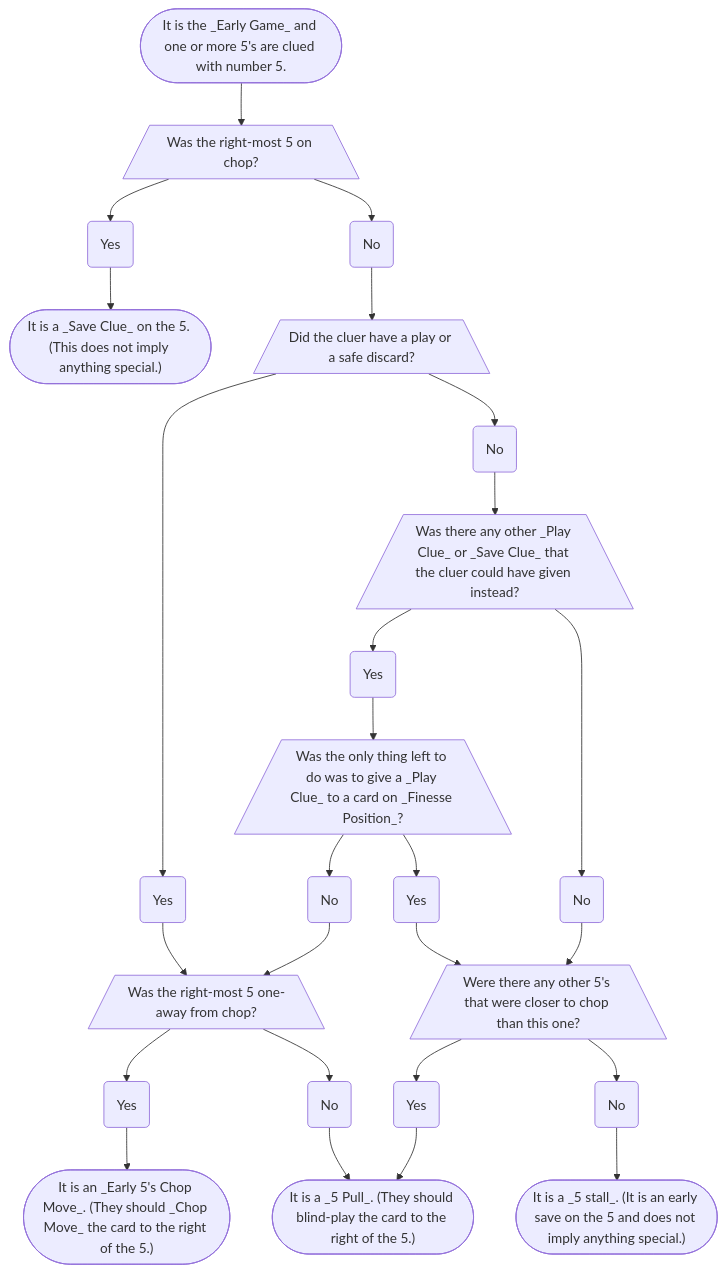
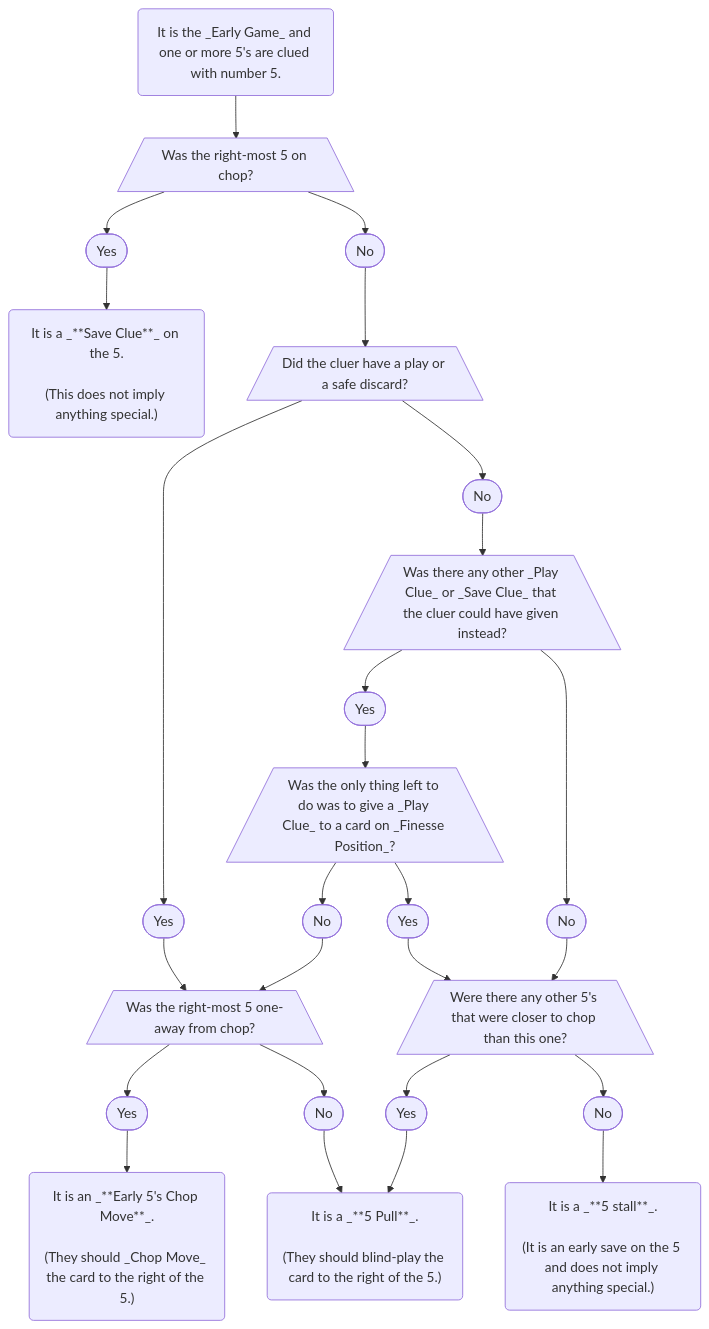
The diagram in docs/level-19.mdx (hanabi/hanabi.github.io), drawn with Mermaid before and after one commit. The commit also changed 2 other files, not shown here.

Commit message:
Formatting in Lvl 1 and Lvl 19 Flowchart (#1291)
* Update 5 Clue Flowchart for Yes/No Node Color

* Replacing graph with flowchart

* Changes to node shape and text formatting in Lvl 1 and 19 flowcharts

* Mermaid Flowchart of Emergency Discards

````diff
--- a/docs/level-19.mdx
+++ b/docs/level-19.mdx
@@ -208,53 +208,56 @@
 ```mermaid
-graph TD;
+flowchart TD;
 
-S([It is the _Early Game_ and one or more 5's are clued with number 5.])
+S(It is the _Early Game_ and one or more 5's are clued with number 5.)
 D1[/Was the right-most 5 on chop?\]
-D1Y(Yes)
-D1N(No)
-D1YL(["It is a _Save Clue_ on the 5. (This does not imply anything special.)"])
+D1Y([Yes])
+D1N([No])
+D1YL("It is a _**Save Clue**_ on the 5.<br/ ><br/ >(This does not imply anything special.)")
 D2[/Did the cluer have a play or a safe discard?\]
-D2Y(Yes)
-D2N(No)
+D2Y([Yes])
+D2N([No])
 D3[/Was there any other _Play Clue_ or _Save Clue_ that the cluer could have given instead?\]
-D3Y(Yes)
-D3N(No)
+D3Y([Yes])
+D3N([No])
 D4[/Was the only thing left to do was to give a _Play Clue_ to a card on _Finesse Position_?\]
-D4Y(Yes)
-D4N(No)
+D4Y([Yes])
+D4N([No])
 D5[/Were there any other 5's that were closer to chop than this one?\]
-D5Y(Yes)
-D5N(No)
-D5NL(["It is a _5 stall_. (It is an early save on the 5 and does not imply anything special.)"])
+D5Y([Yes])
+D5N([No])
+D5NL("It is a _**5 stall**_.<br/ ><br/ >(It is an early save on the 5 and does not imply anything special.)")
 D6[/Was the right-most 5 one-away from chop?\]
-D6Y(Yes)
-D6N(No)
-D6YL(["It is an _Early 5's Chop Move_. (They should _Chop Move_ the card to the right of the 5.)"])
-D6NL(["It is a _5 Pull_. (They should blind-play the card to the right of the 5.)"])
+D6Y([Yes])
+D6N([No])
+D6YL("It is an _**Early 5's Chop Move**_.<br/ ><br/ >(They should _Chop Move_ the card to the right of the 5.)")
+D6NL("It is a _**5 Pull**_.<br/ ><br/ >(They should blind-play the card to the right of the 5.)")
+
+class D1Y,D2Y,D3Y,D4Y,D5Y,D6Y node-yes
+class D1N,D2N,D3N,D4N,D5N,D6N node-no
 
 S --> D1;
 D1 --> D1Y;
 D1 --> D1N;
 D1Y --> D1YL;
 D1N --> D2;
 D2 --> D2Y;
 D2 --> D2N;
 D2Y --> D6;
 D2N --> D3;
 D3 --> D3Y;
 D3 --> D3N;
 D3Y --> D4;
 D3N --> D5;
 D4 --> D4N;
 D4 --> D4Y;
 D4Y --> D5;
 D4N --> D6;
 D5 --> D5Y;
 D5 --> D5N;
 D5Y --> D6NL;
 D5N --> D5NL;
 D6 --> D6Y;
 D6 --> D6N;
 D6Y --> D6YL;
 D6N --> D6NL;
 ```
````
